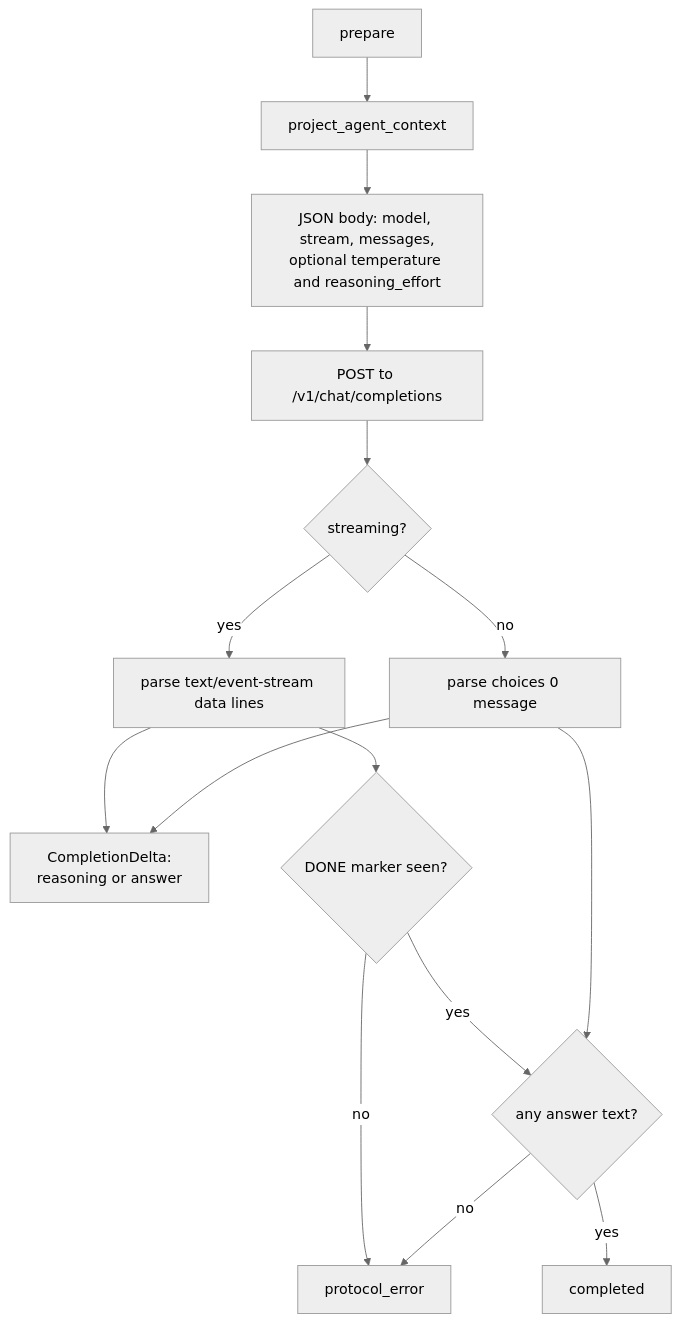
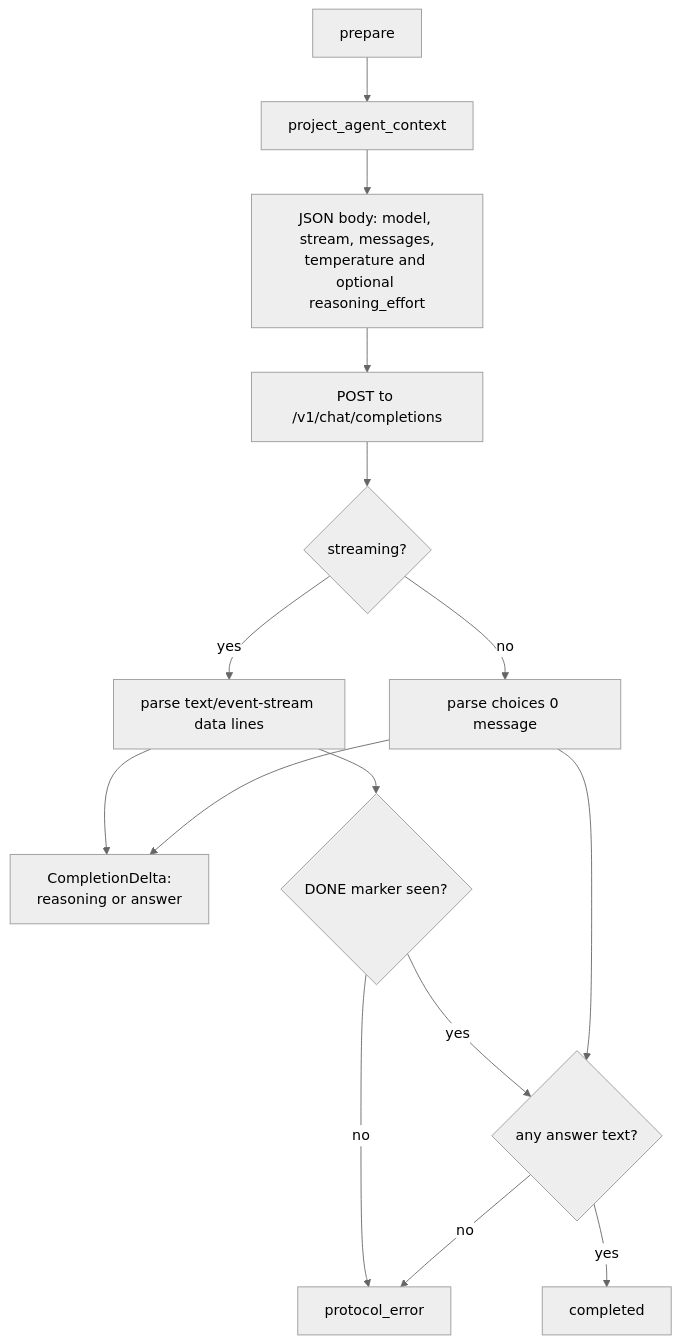
Before and after one commit to michaelpopov/cha: the third of 4 diagrams in src/agents/README.md, drawn with Mermaid (neutral theme). The commit also changed 7 other files, not shown here.

````diff
--- a/src/agents/README.md
+++ b/src/agents/README.md
@@ -146,17 +146,17 @@
 ```mermaid
 flowchart TD
     prep["prepare"] --> proj["project_agent_context"]
-    proj --> body["JSON body: model, stream, messages,<br/>optional temperature and reasoning_effort"]
+    proj --> body["JSON body: model, stream, messages,<br/>temperature and optional reasoning_effort"]
     body --> post["POST to /v1/chat/completions"]
     post --> mode{"streaming?"}
     mode -->|"yes"| sse["parse text/event-stream data lines"]
     mode -->|"no"| json["parse choices 0 message"]
     sse --> frag["CompletionDelta:<br/>reasoning or answer"]
     json --> frag
     sse --> done{"DONE marker seen?"}
     done -->|"no"| perr["protocol_error"]
     done -->|"yes"| ans{"any answer text?"}
     json --> ans
     ans -->|"no"| perr
     ans -->|"yes"| ok["completed"]
 ```
````
